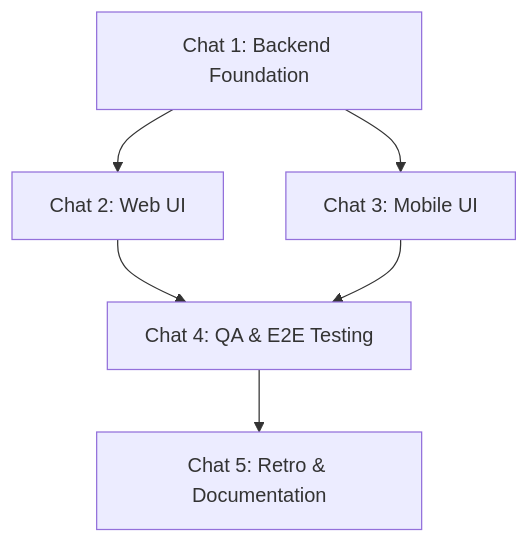
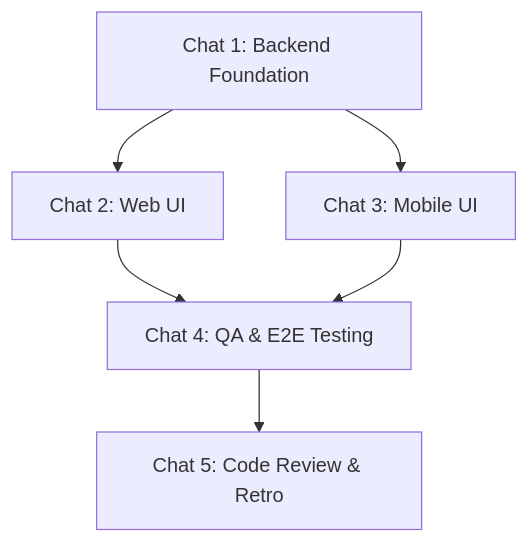
The diagram in .agents/workflows/generate-sprint-playbook.md (dsj1984/agent-protocols), drawn with Mermaid before and after one commit. The commit also changed other lines of this file and 2 other files, not shown here.

Commit message:
feat(protocols): add specialized sprint-code-review workflow and integrate into Chat 5

````diff
--- a/.agents/workflows/generate-sprint-playbook.md
+++ b/.agents/workflows/generate-sprint-playbook.md
@@ -95,8 +96,8 @@
 ```mermaid
 graph TD
     A[Chat 1: Backend Foundation] --> B[Chat 2: Web UI]
     A --> C[Chat 3: Mobile UI]
     B --> D[Chat 4: QA & E2E Testing]
     C --> D
-    D --> E[Chat 5: Retro & Documentation]
+    D --> E[Chat 5: Code Review & Retro]
 ```
````
